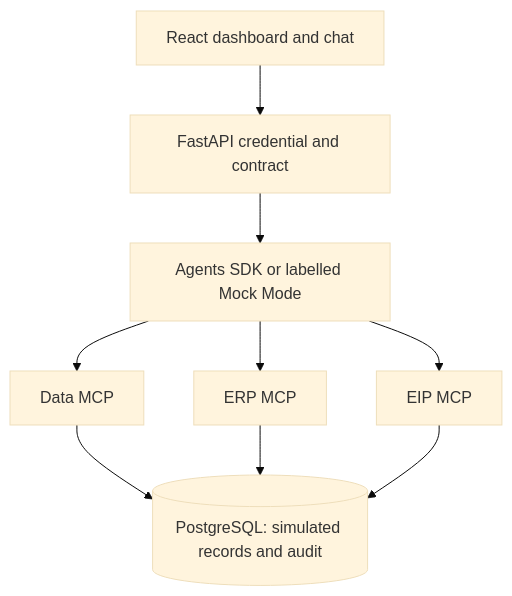
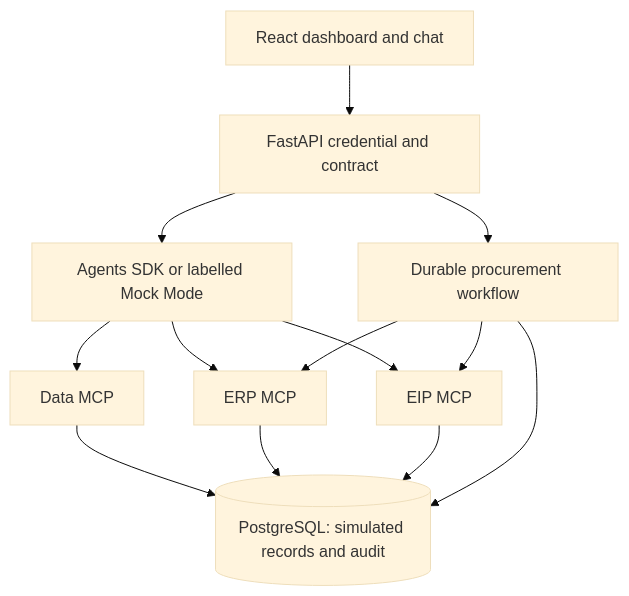
One commit to 3pwei/enterprise-ai-operations-hub- changed the diagram in README.md. Above: the diagram before and after it, drawn with Mermaid (base theme). The commit also changed other lines of this file and 16 other files, not shown here.

Commit message:
feat: add durable procurement agent workflow with human confirmation

````diff
--- a/README.md
+++ b/README.md
@@ -16,9 +17,13 @@
 ```mermaid
 flowchart TD
   UI[React dashboard and chat] --> API[FastAPI credential and contract]
   API --> Agent[Agents SDK or labelled Mock Mode]
   Agent --> Data[Data MCP]
   Agent --> ERP[ERP MCP]
   Agent --> EIP[EIP MCP]
   Data & ERP & EIP --> DB[(PostgreSQL: simulated records and audit)]
+  API --> WF[Durable procurement workflow]
+  WF --> ERP
+  WF --> EIP
+  WF --> DB
 ```
````
